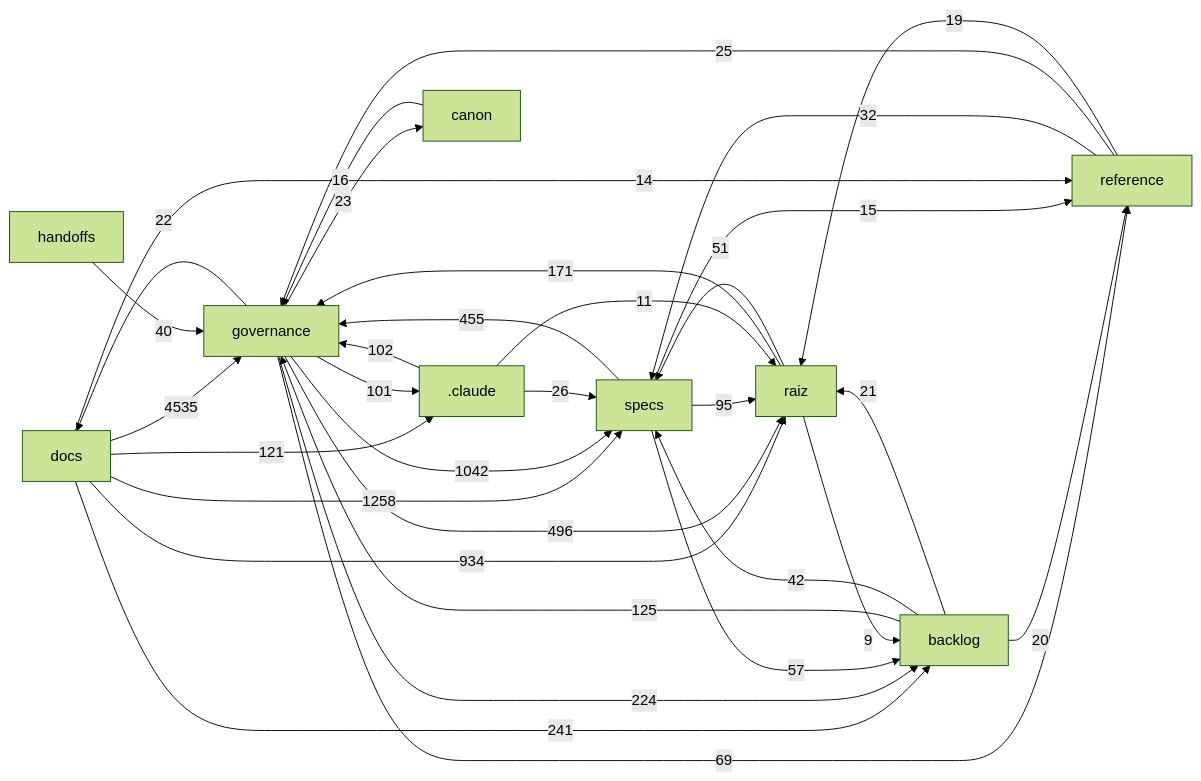
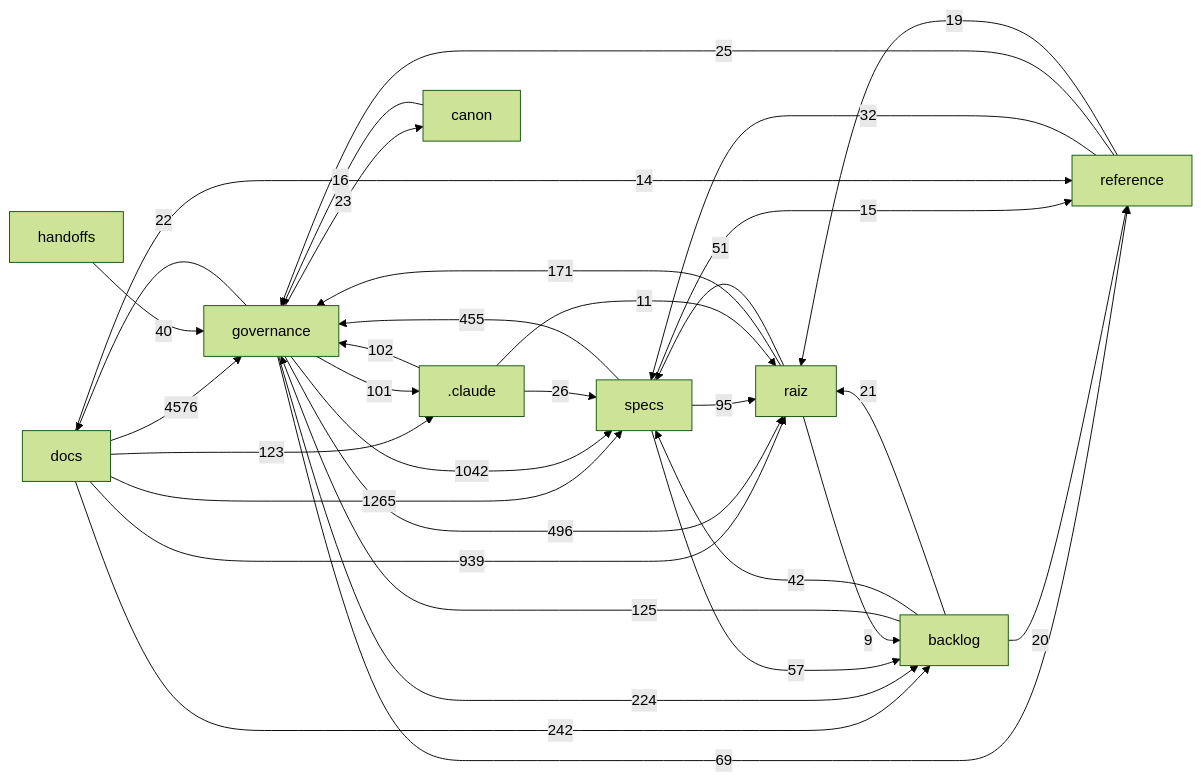
Before and after one commit to Andraus35/Sistema-Operacional-de-Trading--SOT: the diagram in docs/mapa/MAPA-PROJETO.md, drawn with Mermaid (forest theme). The commit also changed other lines of this file and 2 other files, not shown here.

````diff
--- a/docs/mapa/MAPA-PROJETO.md
+++ b/docs/mapa/MAPA-PROJETO.md
@@ -30,35 +30,35 @@
 ```mermaid
 flowchart LR
-  docs["docs"] -->|4535| governance["governance"]
-  docs["docs"] -->|1258| specs["specs"]
+  docs["docs"] -->|4576| governance["governance"]
+  docs["docs"] -->|1265| specs["specs"]
   governance["governance"] -->|1042| specs["specs"]
-  docs["docs"] -->|934| raiz["raiz"]
+  docs["docs"] -->|939| raiz["raiz"]
   governance["governance"] -->|496| raiz["raiz"]
   specs["specs"] -->|455| governance["governance"]
-  docs["docs"] -->|241| backlog["backlog"]
+  docs["docs"] -->|242| backlog["backlog"]
   governance["governance"] -->|224| backlog["backlog"]
   raiz["raiz"] -->|171| governance["governance"]
   backlog["backlog"] -->|125| governance["governance"]
-  docs["docs"] -->|121| _claude[".claude"]
+  docs["docs"] -->|123| _claude[".claude"]
   _claude[".claude"] -->|102| governance["governance"]
   governance["governance"] -->|101| _claude[".claude"]
   specs["specs"] -->|95| raiz["raiz"]
   governance["governance"] -->|69| reference["reference"]
   specs["specs"] -->|57| backlog["backlog"]
   raiz["raiz"] -->|51| specs["specs"]
   backlog["backlog"] -->|42| specs["specs"]
   handoffs["handoffs"] -->|40| governance["governance"]
   reference["reference"] -->|32| specs["specs"]
   _claude[".claude"] -->|26| specs["specs"]
   reference["reference"] -->|25| governance["governance"]
   governance["governance"] -->|23| canon["canon"]
   governance["governance"] -->|22| docs["docs"]
   backlog["backlog"] -->|21| raiz["raiz"]
   backlog["backlog"] -->|20| reference["reference"]
   reference["reference"] -->|19| raiz["raiz"]
   canon["canon"] -->|16| governance["governance"]
   specs["specs"] -->|15| reference["reference"]
   docs["docs"] -->|14| reference["reference"]
   _claude[".claude"] -->|11| raiz["raiz"]
   raiz["raiz"] -->|9| backlog["backlog"]
 ```
````
